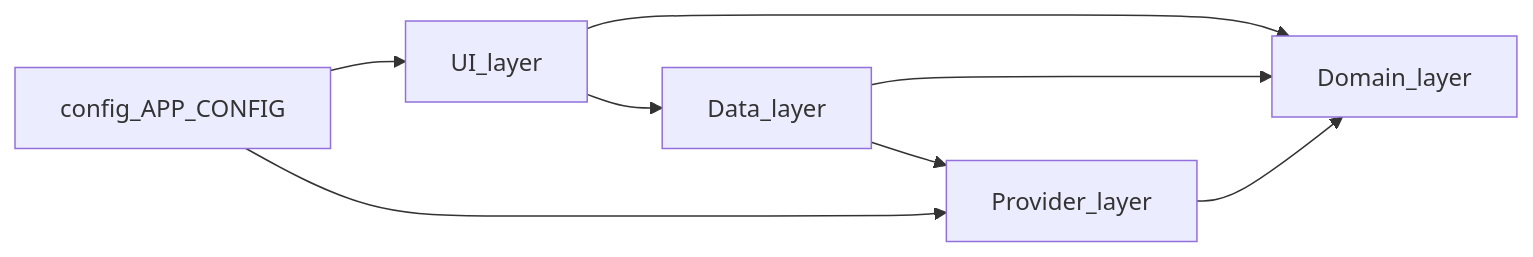
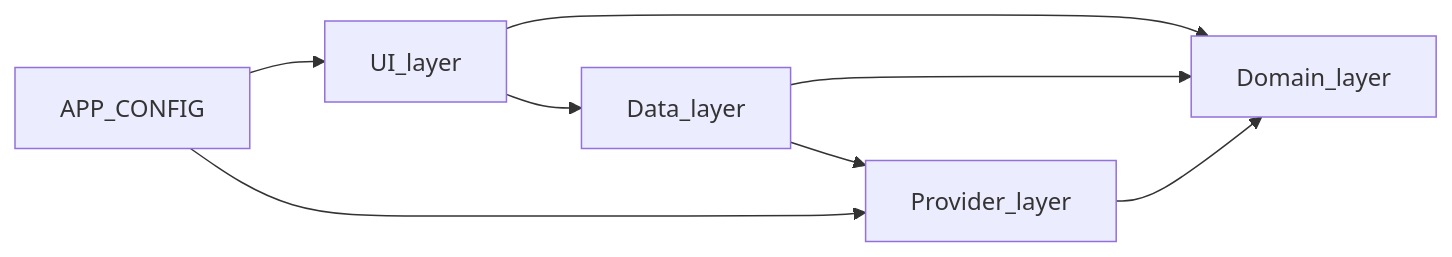
One commit to tyler-vse/MissionGrid changed the diagram in README.md. Above: the diagram before and after it, drawn with Mermaid. The commit also changed other lines of this file and 68 other files, not shown here.

````diff
--- a/README.md
+++ b/README.md
@@ -38,10 +65,10 @@
 ```mermaid
 flowchart LR
   UI[UI_layer] --> Data[Data_layer]
   Data --> Providers[Provider_layer]
   UI --> Domain[Domain_layer]
   Data --> Domain
   Providers --> Domain
-  Config[config_APP_CONFIG] --> UI
+  Config[APP_CONFIG] --> UI
   Config --> Providers
 ```
````
